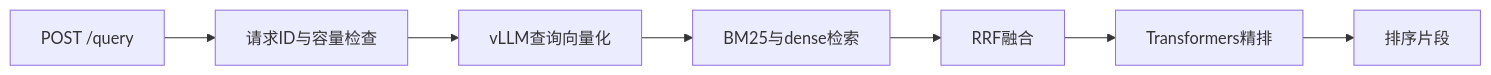
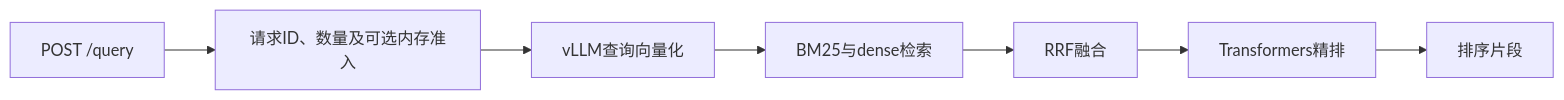
The diagram in dev/rag_ljy/docs/architecture.md (FlagRT/runtime-team), drawn with Mermaid before and after one commit. The commit also changed other lines of this file and 80 other files, not shown here.

````diff
--- a/dev/rag_ljy/docs/architecture.md
+++ b/dev/rag_ljy/docs/architecture.md
@@ -24,9 +25,9 @@
 ```mermaid
 flowchart LR
-    API[POST /query] --> Admit[请求ID与容量检查]
+    API[POST /query] --> Admit[请求ID、数量及可选内存准入]
     Admit --> Embed[vLLM查询向量化]
     Embed --> Search[BM25与dense检索]
     Search --> RRF[RRF融合]
     RRF --> Rank[Transformers精排]
     Rank --> Result[排序片段]
 ```
````
